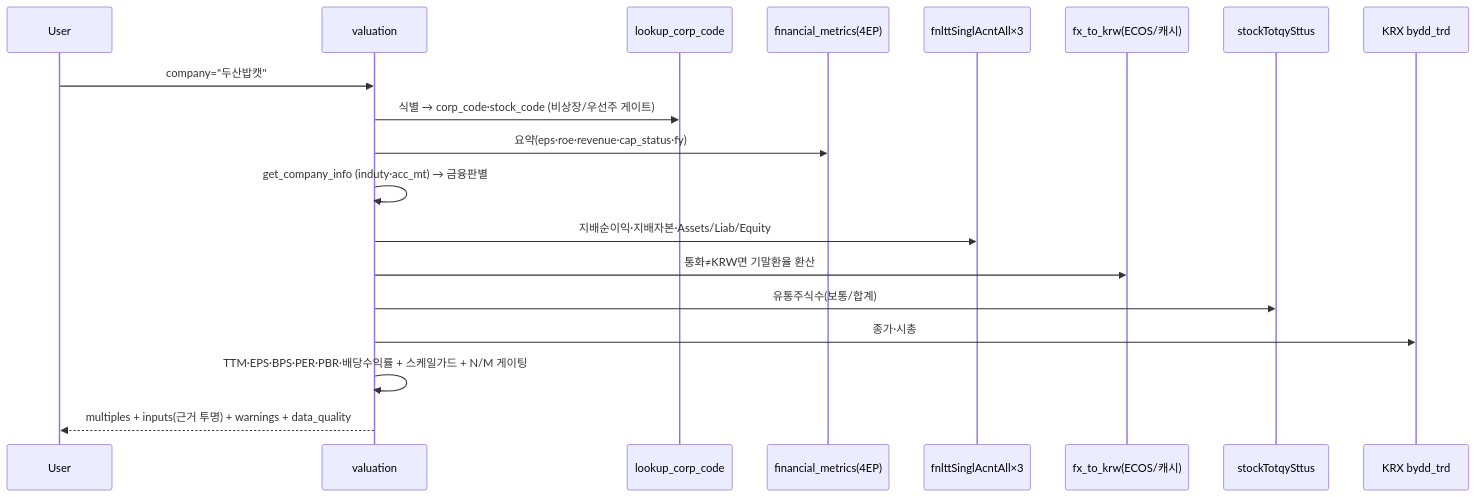
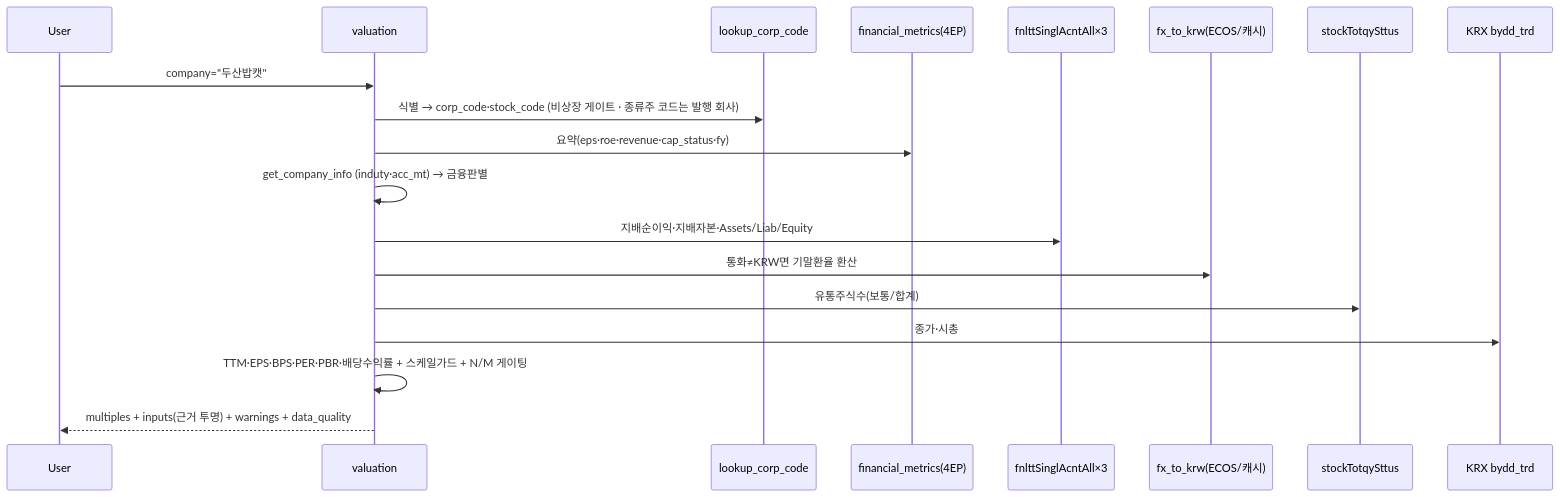
One commit to MarcoYou/open-proxy-mcp changed the diagram in wiki/tools/price_multiple_data.md. Above: the diagram before and after it, drawn with Mermaid. The commit also changed other lines of this file and 12 other files, not shown here.

First line of the commit message:
fix: 신형 영숫자 종목코드와 우선주·종류주 코드를 같은 해석기로 받는다 — 시세는 그 종류주 자체, 회사 단위 값은 발행 회사

````diff
--- a/wiki/tools/price_multiple_data.md
+++ b/wiki/tools/price_multiple_data.md
@@ -307,21 +310,21 @@
 ```mermaid
 sequenceDiagram
     participant U as User
     participant V as valuation
     participant R as lookup_corp_code
     participant FM as financial_metrics(4EP)
     participant AA as fnlttSinglAcntAll×3
     participant FX as fx_to_krw(ECOS/캐시)
     participant SH as stockTotqySttus
     participant KX as KRX bydd_trd
     U->>V: company="두산밥캣"
-    V->>R: 식별 → corp_code·stock_code (비상장/우선주 게이트)
+    V->>R: 식별 → corp_code·stock_code (비상장 게이트 · 종류주 코드는 발행 회사)
     V->>FM: 요약(eps·roe·revenue·cap_status·fy)
     V->>V: get_company_info (induty·acc_mt) → 금융판별
     V->>AA: 지배순이익·지배자본·Assets/Liab/Equity
     V->>FX: 통화≠KRW면 기말환율 환산
     V->>SH: 유통주식수(보통/합계)
     V->>KX: 종가·시총
     V->>V: TTM·EPS·BPS·PER·PBR·배당수익률 + 스케일가드 + N/M 게이팅
     V-->>U: multiples + inputs(근거 투명) + warnings + data_quality
 ```
````
